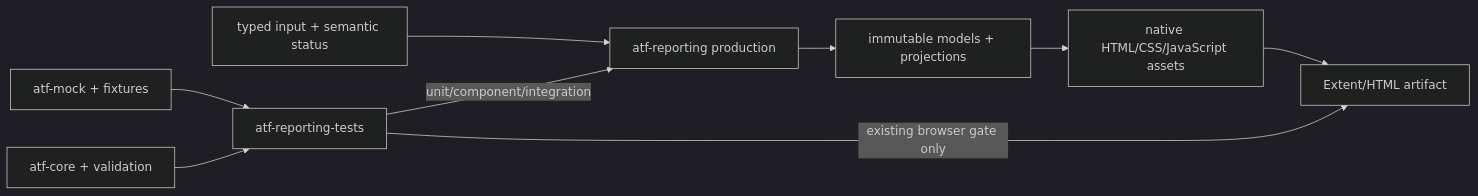
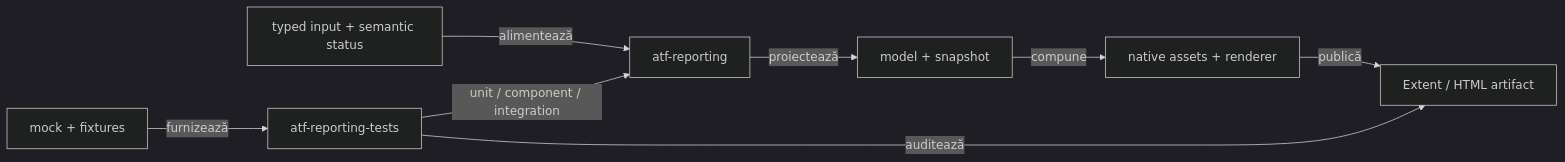
Before and after one commit to crististefanita/demo2: the diagram in docs/feedback/ATF_Reporting_Feedback.md, drawn with Mermaid (dark theme). The commit also changed other lines of this file and 52 other files, not shown here.

Commit message:
Expand Java ATF reporting diagnostics and documentation

````diff
--- a/docs/feedback/ATF_Reporting_Feedback.md
+++ b/docs/feedback/ATF_Reporting_Feedback.md
@@ -24,11 +21,10 @@
 ```mermaid
 flowchart LR
-    Input[typed input + semantic status] --> Reporting[atf-reporting production]
-    Reporting --> Model[immutable models + projections]
-    Model --> Assets[native HTML/CSS/JavaScript assets]
-    Assets --> Artifact[Extent/HTML artifact]
-    ReportingTests[atf-reporting-tests] -->|unit/component/integration| Reporting
-    ReportingTests -->|existing browser gate only| Artifact
-    Mock[atf-mock + fixtures] --> ReportingTests
-    Core[atf-core + validation] --> ReportingTests
+    Input["typed input + semantic status"] -->|alimentează| Reporting["atf-reporting"]
+    Reporting -->|proiectează| Model["model + snapshot"]
+    Model -->|compune| Assets["native assets + renderer"]
+    Assets -->|publică| Artifact["Extent / HTML artifact"]
+    Tests["atf-reporting-tests"] -->|unit / component / integration| Reporting
+    Tests -->|auditează| Artifact
+    Fixtures["mock + fixtures"] -->|furnizează| Tests
 ```
````
